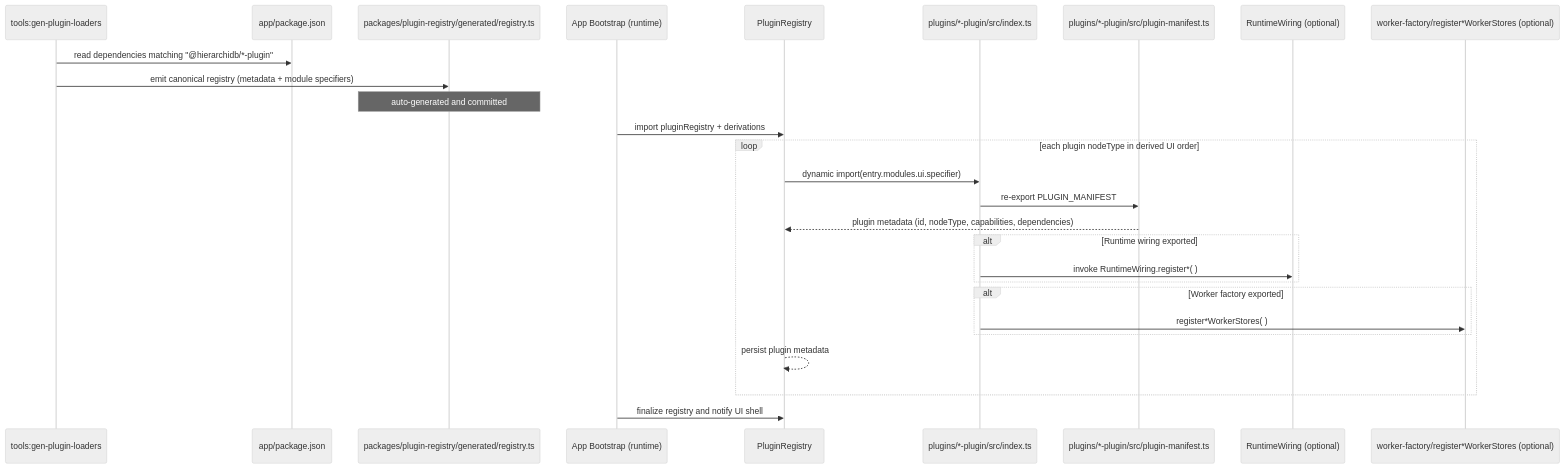
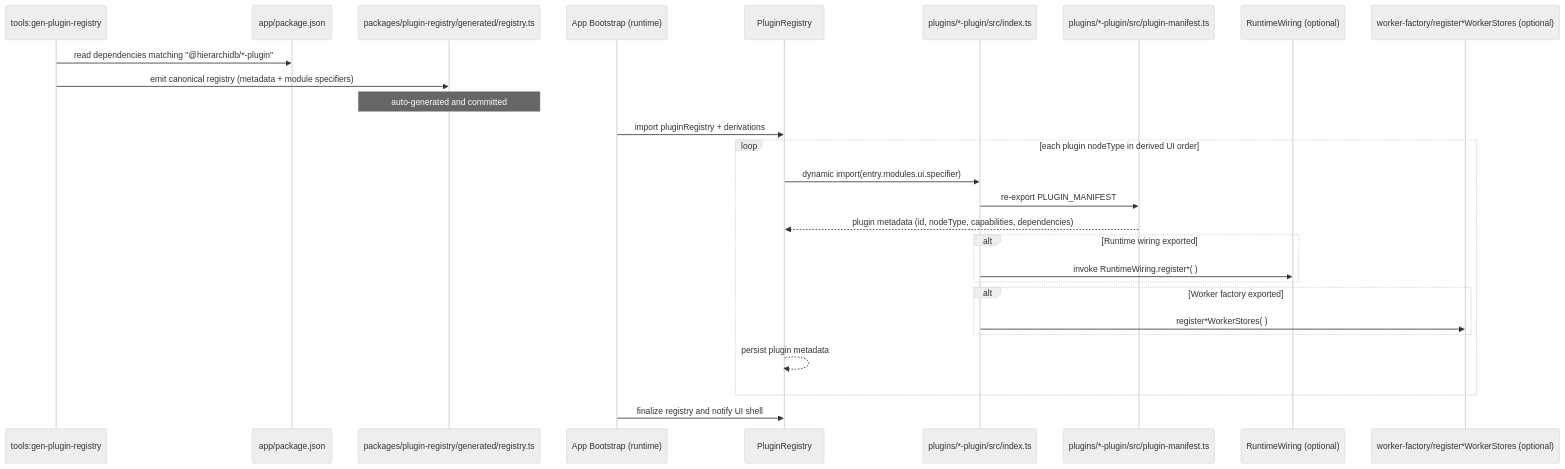
The diagram in docs/data-plugin-flow-1.md (kubohiroya/hierarchidb), drawn with Mermaid (neutral theme) before and after one commit. The commit also changed other lines of this file and 326 other files, not shown here.

First line of the commit message:
chore: remove the `gen-plugin-loaders` script and related legacy artifacts for cleanup and maintenance

````diff
--- a/docs/data-plugin-flow-1.md
+++ b/docs/data-plugin-flow-1.md
@@ -3,31 +3,31 @@
 ```mermaid
 sequenceDiagram
-    participant Build as tools:gen-plugin-loaders
+    participant Build as tools:gen-plugin-registry
     participant AppPkg as app/package.json
     participant RegistryFile as packages/plugin-registry/generated/registry.ts
     participant Host as App Bootstrap (runtime)
     participant Registry as PluginRegistry
     participant PluginPkg as plugins/*-plugin/src/index.ts
     participant Manifest as plugins/*-plugin/src/plugin-manifest.ts
     participant Runtime as RuntimeWiring (optional)
     participant WorkerFactory as worker-factory/register*WorkerStores (optional)
 
     Build->>AppPkg: read dependencies matching "@hierarchidb/*-plugin"
     Build->>RegistryFile: emit canonical registry (metadata + module specifiers)
     Note over RegistryFile: auto-generated and committed
 
     Host->>Registry: import pluginRegistry + derivations
     loop each plugin nodeType in derived UI order
         Registry->>PluginPkg: dynamic import(entry.modules.ui.specifier)
         PluginPkg->>Manifest: re-export PLUGIN_MANIFEST
         Manifest-->>Registry: plugin metadata (id, nodeType, capabilities, dependencies)
         alt Runtime wiring exported
             PluginPkg->>Runtime: invoke RuntimeWiring.register*( )
         end
         alt Worker factory exported
             PluginPkg->>WorkerFactory: register*WorkerStores( )
         end
         Registry-->>Registry: persist plugin metadata
     end
     Host->>Registry: finalize registry and notify UI shell
 ```
````
